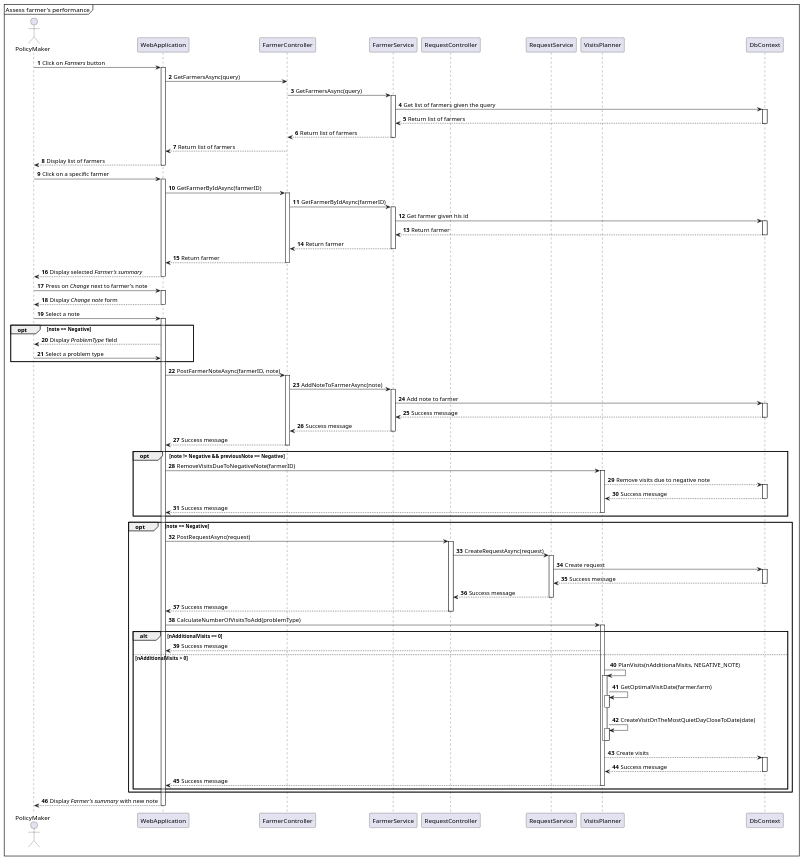
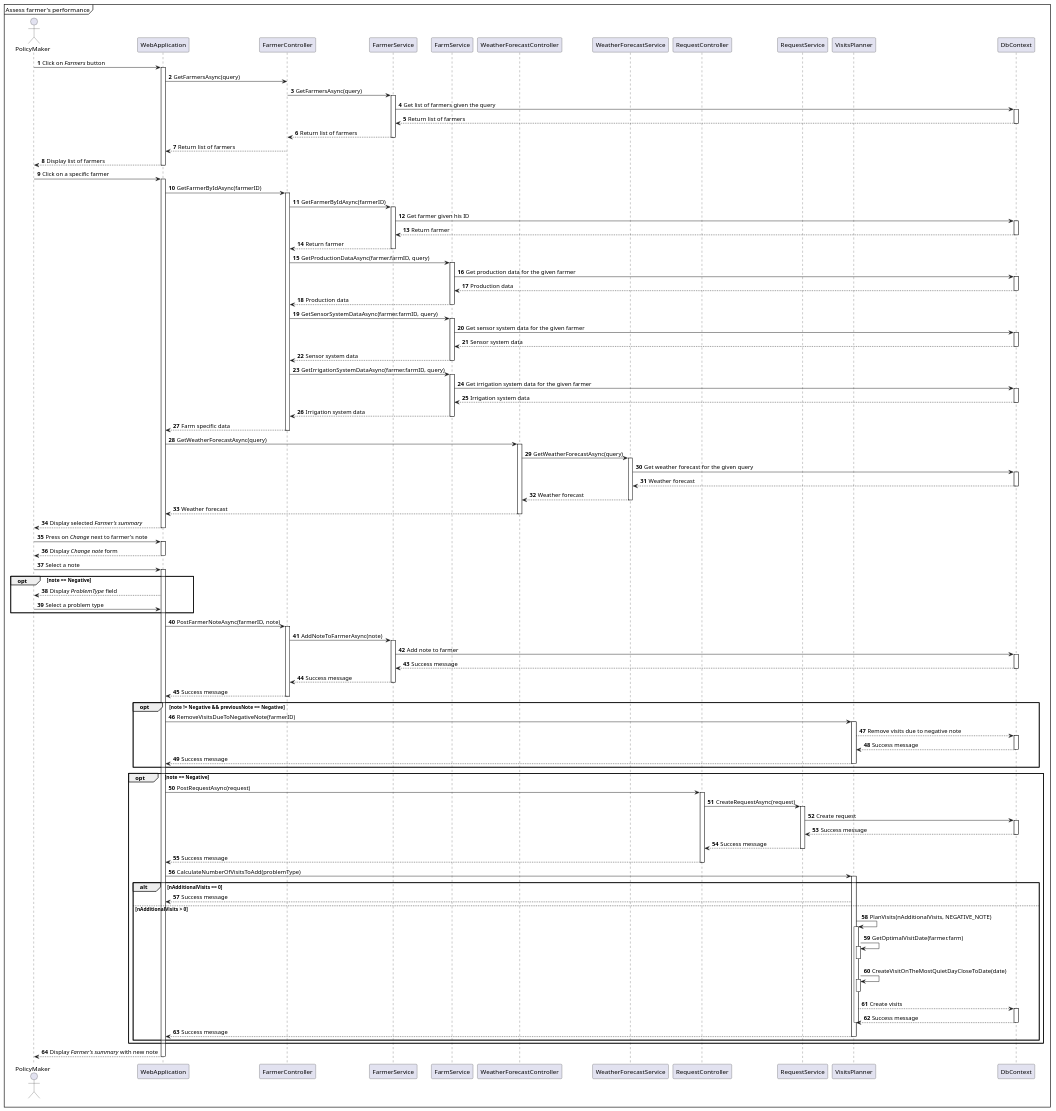
The diagram in DD/uml/sequence/assess_farmer's_performance.puml (Astenna/DREAM), drawn with PlantUML before and after one commit. The commit also changed 6 other files, not shown here.

Commit message:
DD: runtime view and sequence diagram fixes

```diff
--- a/DD/uml/sequence/assess_farmer's_performance.puml
+++ b/DD/uml/sequence/assess_farmer's_performance.puml
@@ -1,86 +1,113 @@
 @startuml Assess farmer's performance
 
 mainframe Assess farmer's performance
 autonumber
 
 actor PolicyMaker
 participant "WebApplication" as WebApp
 participant "FarmerController" as FC
 participant "FarmerService" as FS
+participant FarmService
+participant "WeatherForecastController" as WFC
+participant "WeatherForecastService" as WFS
 participant "RequestController" as RC
 participant "RequestService" as RS
 participant "VisitsPlanner" as VP
 participant "DbContext" as DB
 
 PolicyMaker -> WebApp++ : Click on //Farmers// button
 WebApp -> FC : GetFarmersAsync(query)
 FC -> FS++ : GetFarmersAsync(query)
 FS -> DB++ : Get list of farmers given the query
 DB --> FS-- : Return list of farmers
 FS --> FC-- : Return list of farmers
 FC --> WebApp-- : Return list of farmers
 WebApp --> PolicyMaker-- : Display list of farmers
 
 PolicyMaker -> WebApp++ : Click on a specific farmer
 WebApp -> FC++ : GetFarmerByIdAsync(farmerID)
 FC -> FS++ : GetFarmerByIdAsync(farmerID)
-FS -> DB++ : Get farmer given his id
+FS -> DB++ : Get farmer given his ID
 DB --> FS-- : Return farmer
 FS --> FC-- : Return farmer
-FC --> WebApp-- : Return farmer
+
+FC -> FarmService++ : GetProductionDataAsync(farmer.farmID, query)
+FarmService -> DB++ : Get production data for the given farmer
+DB --> FarmService-- : Production data
+FarmService --> FC-- : Production data
+
+FC -> FarmService++ : GetSensorSystemDataAsync(farmer.farmID, query)
+FarmService -> DB++ : Get sensor system data for the given farmer
+DB --> FarmService-- : Sensor system data
+FarmService --> FC-- : Sensor system data
+
+FC -> FarmService++ : GetIrrigationSystemDataAsync(farmer.farmID, query)
+FarmService -> DB++ : Get irrigation system data for the given farmer
+DB --> FarmService-- : Irrigation system data
+FarmService --> FC-- : Irrigation system data
+
+FC --> WebApp-- : Farm specific data
+
+WebApp -> WFC++ : GetWeatherForecastAsync(query)
+WFC -> WFS++ : GetWeatherForecastAsync(query)
+WFS -> DB++ : Get weather forecast for the given query
+DB --> WFS-- : Weather forecast
+WFS --> WFC-- : Weather forecast
+WFC --> WebApp-- : Weather forecast
+
 WebApp --> PolicyMaker-- : Display selected //Farmer's summary//
 
 PolicyMaker -> WebApp++ : Press on //Change// next to farmer's note
 WebApp --> PolicyMaker-- : Display //Change note// form
 PolicyMaker -> WebApp++ : Select a note
 
 opt note == Negative
     WebApp --> PolicyMaker : Display //ProblemType// field
     PolicyMaker -> WebApp : Select a problem type
 end
 
 WebApp -> FC++ : PostFarmerNoteAsync(farmerID, note)
 FC -> FS++ : AddNoteToFarmerAsync(note)
 FS -> DB++ : Add note to farmer
 DB --> FS-- : Success message
 
 FS --> FC-- : Success message
 FC --> WebApp-- : Success message
 
 opt note != Negative && previousNote == Negative
     WebApp -> VP++ : RemoveVisitsDueToNegativeNote(farmerID)
     VP --> DB++ : Remove visits due to negative note
     DB --> VP-- : Success message
     VP --> WebApp-- : Success message
 end
 
 opt note == Negative
     WebApp -> RC++ : PostRequestAsync(request)
     RC -> RS++ : CreateRequestAsync(request)
     RS -> DB++ : Create request
     DB --> RS-- : Success message
     RS --> RC-- : Success message
     RC --> WebApp-- : Success message
 
     
     WebApp -> VP++ : CalculateNumberOfVisitsToAdd(problemType)
 
     alt nAdditionalVisits == 0
         VP --> WebApp : Success message
     else nAdditionalVisits > 0
         VP -> VP++ : PlanVisits(nAdditionalVisits, NEGATIVE_NOTE)
         VP -> VP++ : GetOptimalVisitDate(farmer.farm)
         deactivate VP
         VP -> VP++ : CreateVisitOnTheMostQuietDayCloseToDate(date)
         deactivate VP
-        deactivate VP
         
         VP --> DB++ : Create visits
         DB --> VP-- : Success message
+        deactivate VP
         VP --> WebApp-- : Success message
     end
 end
 
 WebApp --> PolicyMaker-- : Display //Farmer's summary// with new note
 
 @enduml
```
